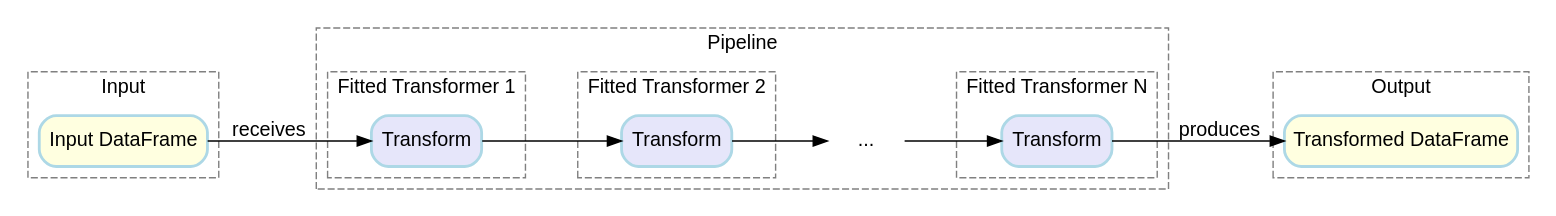
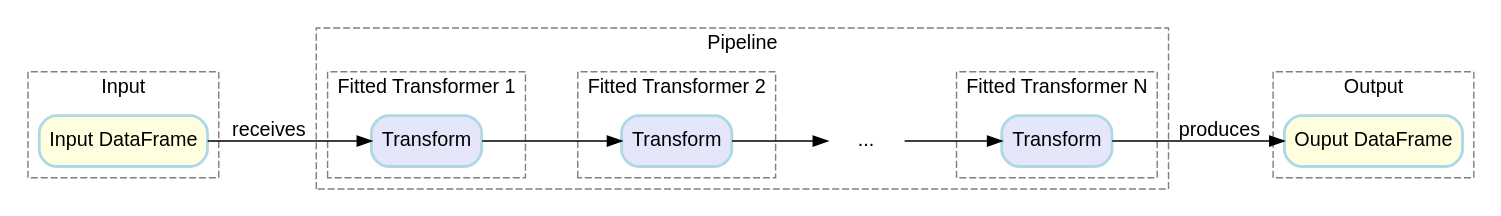
The diagram in assets/pipeline_architecture.dot (habedi/feature-factory), drawn with Graphviz before and after one commit. The commit also changed 1 other file, not shown here.

```diff
--- a/assets/pipeline_architecture.dot
+++ b/assets/pipeline_architecture.dot
@@ -1,72 +1,72 @@
 digraph PipelineArchitecture {
     fontname = "Helvetica,Arial,sans-serif";
     layout = dot;
     rankdir = LR;
 
     // Global node style (overridden where necessary)
     node [
     fontname = "Helvetica,Arial,sans-serif",
     shape = box,
     style = "filled,rounded",
     color = "lightblue",
     penwidth = 2
     ];
     edge [
     fontname = "Helvetica,Arial,sans-serif",
     color = "black"
     ];
 
     subgraph cluster_input {
     label = "Input";
     style = "dashed";
     color = "gray";
     df_in [label = "Input DataFrame", fillcolor = "lightyellow", shape = box, style = "filled,rounded"];
     }
 
     subgraph cluster_pipeline {
     label = "Pipeline";
     style = "dashed";
     color = "gray";
 
     // Transformer 1
         subgraph cluster_t1 {
     label = "Fitted Transformer 1";
     style = "dashed";
     color = "gray";
     t1_transform [label = "Transform", fillcolor = "lavender"];
     }
 
     // Transformer 2
     subgraph cluster_t2 {
     label = "Fitted Transformer 2";
     style = "dashed";
     color = "gray";
     t2_transform [label = "Transform", fillcolor = "lavender"];
     }
 
     // Ellipsis for intermediate transformers
         dots [label = "...", shape = "plaintext", fillcolor = "white"];
 
     // Transformer N
     subgraph cluster_tn {
     label = "Fitted Transformer N";
     style = "dashed";
     color = "gray";
     tn_transform [label = "Transform", fillcolor = "lavender"];
     }
 
     df_in -> t1_transform [label = "receives"];
     t1_transform -> t2_transform;
     t2_transform -> dots;
     dots -> tn_transform;
     }
 
     subgraph cluster_output {
     label = "Output";
     style = "dashed";
     color = "gray";
-    df_out [label = "Transformed DataFrame", fillcolor = "lightyellow", shape = box, style = "filled,rounded"];
+    df_out [label = "Ouput DataFrame", fillcolor = "lightyellow", shape = box, style = "filled,rounded"];
     }
 
     tn_transform -> df_out [label = "produces"];
 }
```
